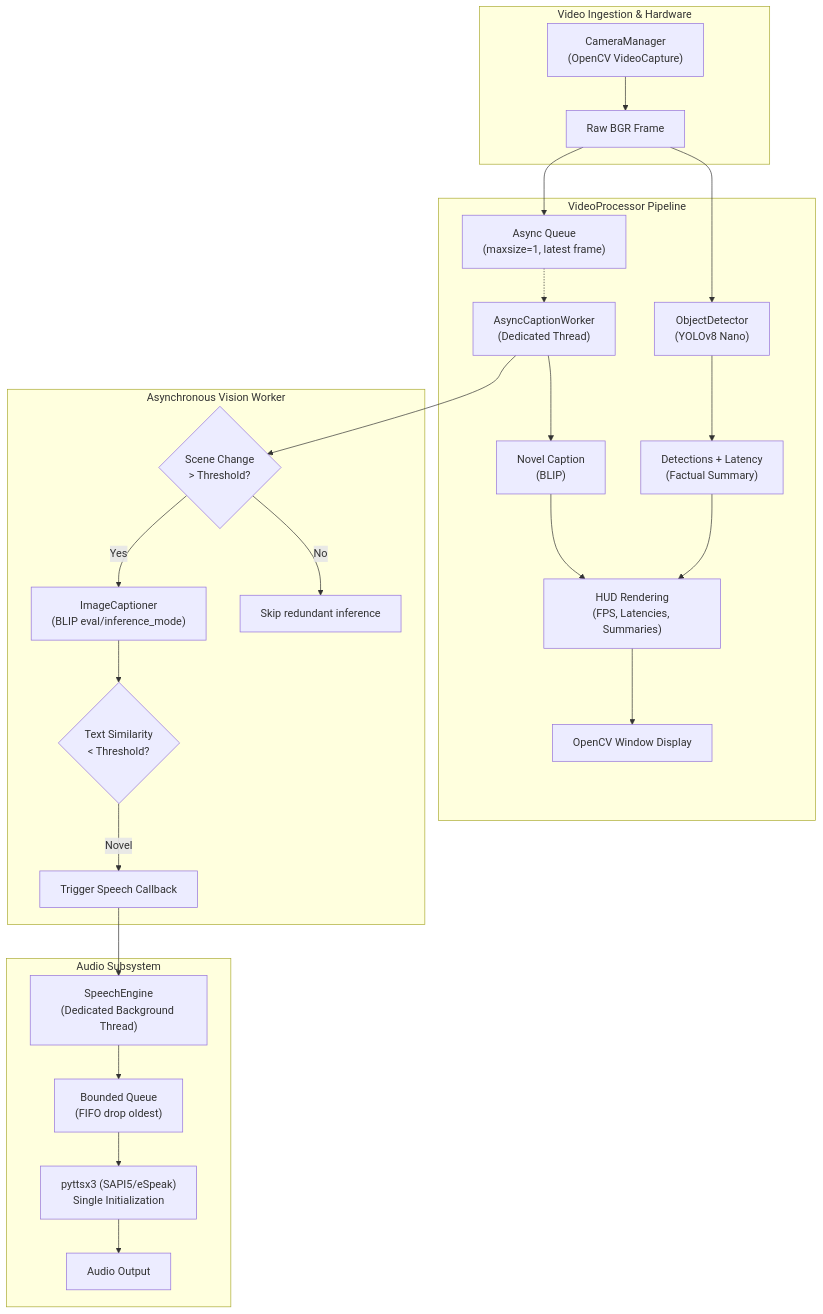
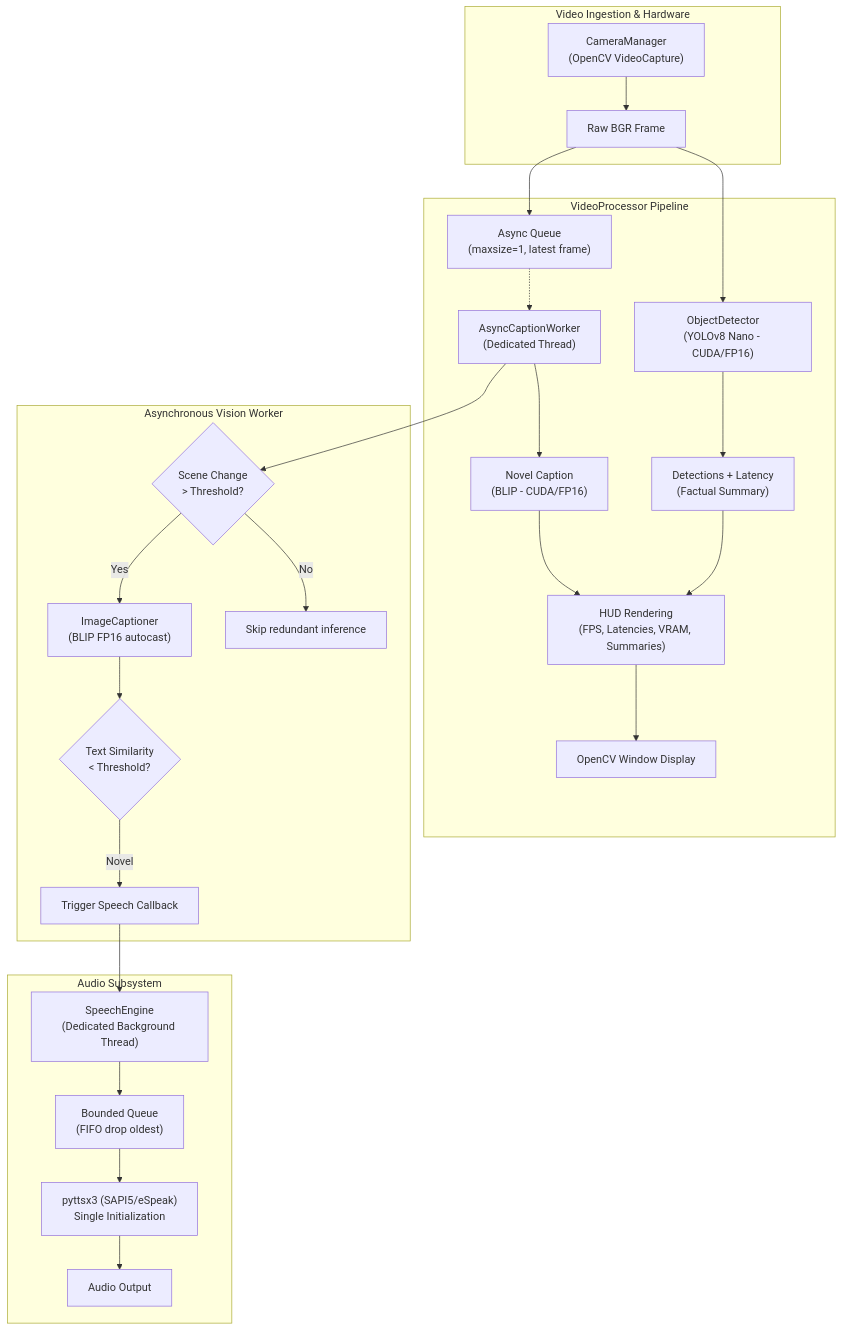
Before and after one commit to Shahid-2705/real_time_object_captioning: the diagram in README.md, drawn with Mermaid. The commit also changed other lines of this file and 7 other files, not shown here.

````diff
--- a/README.md
+++ b/README.md
@@ -13,33 +13,33 @@
 ```mermaid
 flowchart TD
     subgraph Capture["Video Ingestion & Hardware"]
         Cam["CameraManager\n(OpenCV VideoCapture)"] --> Frame["Raw BGR Frame"]
     end
 
     subgraph Orchestration["VideoProcessor Pipeline"]
-        Frame --> YOLO["ObjectDetector\n(YOLOv8 Nano)"]
+        Frame --> YOLO["ObjectDetector\n(YOLOv8 Nano - CUDA/FP16)"]
         Frame --> AsyncQueue["Async Queue\n(maxsize=1, latest frame)"]
         YOLO --> DetRes["Detections + Latency\n(Factual Summary)"]
-        DetRes --> HUD["HUD Rendering\n(FPS, Latencies, Summaries)"]
+        DetRes --> HUD["HUD Rendering\n(FPS, Latencies, VRAM, Summaries)"]
         AsyncQueue -.-> CapWorker
-        CapWorker --> CapRes["Novel Caption\n(BLIP)"]
+        CapWorker --> CapRes["Novel Caption\n(BLIP - CUDA/FP16)"]
         CapRes --> HUD
         HUD --> Display["OpenCV Window Display"]
     end
 
     subgraph AsyncVision["Asynchronous Vision Worker"]
         CapWorker["AsyncCaptionWorker\n(Dedicated Thread)"]
         CapWorker --> SceneDiff{"Scene Change\n> Threshold?"}
-        SceneDiff -- Yes --> BLIP["ImageCaptioner\n(BLIP eval/inference_mode)"]
+        SceneDiff -- Yes --> BLIP["ImageCaptioner\n(BLIP FP16 autocast)"]
         SceneDiff -- No --> Discard["Skip redundant inference"]
         BLIP --> Dedup{"Text Similarity\n< Threshold?"}
         Dedup -- Novel --> Announce["Trigger Speech Callback"]
     end
 
     subgraph Audio["Audio Subsystem"]
         Announce --> SpeechEngine["SpeechEngine\n(Dedicated Background Thread)"]
         SpeechEngine --> BoundedQ["Bounded Queue\n(FIFO drop oldest)"]
         BoundedQ --> TTS["pyttsx3 (SAPI5/eSpeak)\nSingle Initialization"]
         TTS --> Speaker["Audio Output"]
     end
 ```
````
